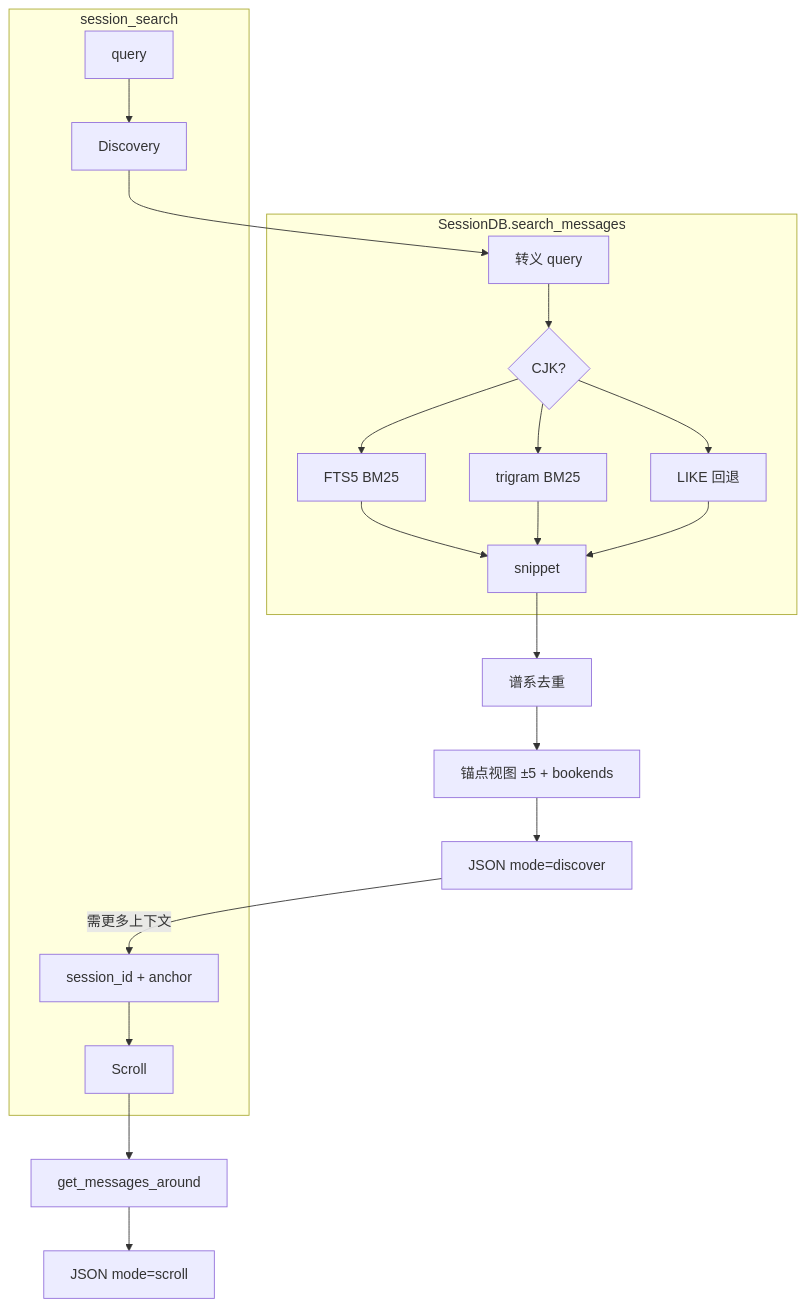
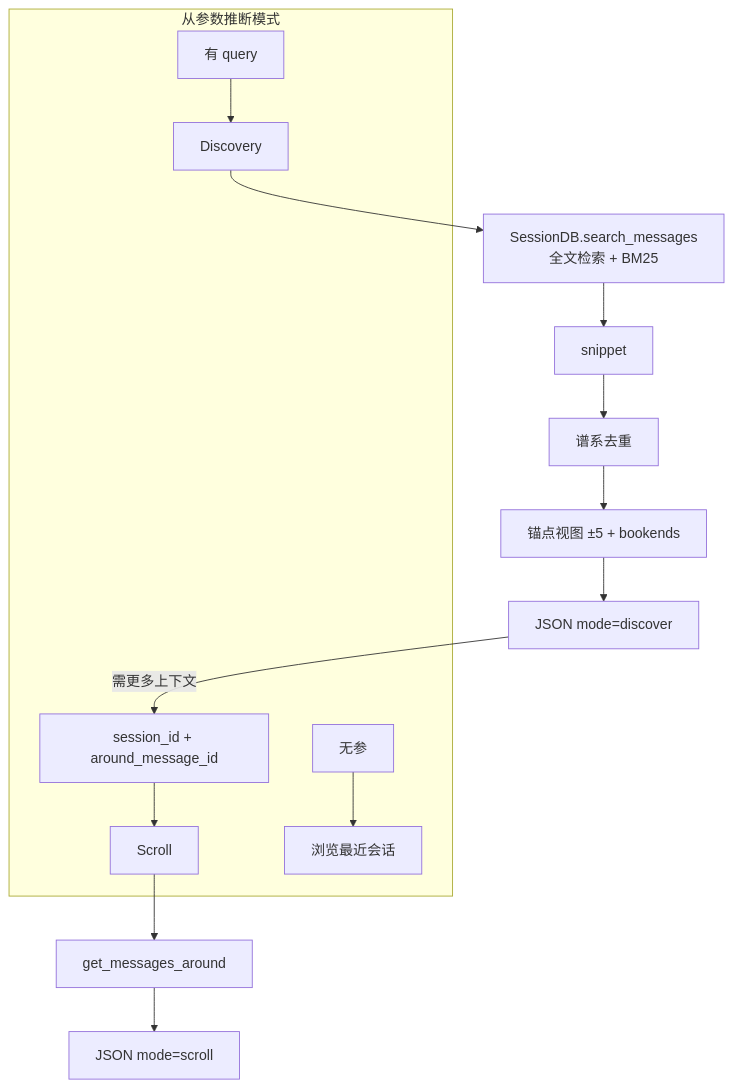
One commit to wolf-wolf/ai-tell-ai changed the fifth of 7 diagrams in docs/latest/hermes-agent-memory.md. Above: the diagram before and after it, drawn with Mermaid. The commit also changed other lines of this file and 16 other files, not shown here.

````diff
--- a/docs/latest/hermes-agent-memory.md
+++ b/docs/latest/hermes-agent-memory.md
@@ -258,24 +287,16 @@
 ```mermaid
 flowchart TB
-  subgraph entry [session_search]
-    Q[query] --> DISC[Discovery]
-    SID[session_id + anchor] --> SCR[Scroll]
+  subgraph entry [从参数推断模式]
+    Q[有 query] --> DISC[Discovery]
+    SID[session_id + around_message_id] --> SCR[Scroll]
+    NOP[无参] --> LIST[浏览最近会话]
   end
-  subgraph fts [SessionDB.search_messages]
-    SAN[转义 query]
-    SAN --> ROUTE{CJK?}
-    ROUTE --> FTS[FTS5 BM25]
-    ROUTE --> TRI[trigram BM25]
-    ROUTE --> LIKE[LIKE 回退]
-    FTS --> SNIP[snippet]
-    TRI --> SNIP
-    LIKE --> SNIP
-  end
-  DISC --> SAN
+  DISC --> SEARCH["SessionDB.search_messages<br/>全文检索 + BM25"]
+  SEARCH --> SNIP[snippet]
   SNIP --> DEDUP[谱系去重]
   DEDUP --> VIEW[锚点视图 ±5 + bookends]
   VIEW --> PKG[JSON mode=discover]
   SCR --> WIN[get_messages_around]
   WIN --> PKG2[JSON mode=scroll]
   PKG -->|需更多上下文| SID
 ```
````
